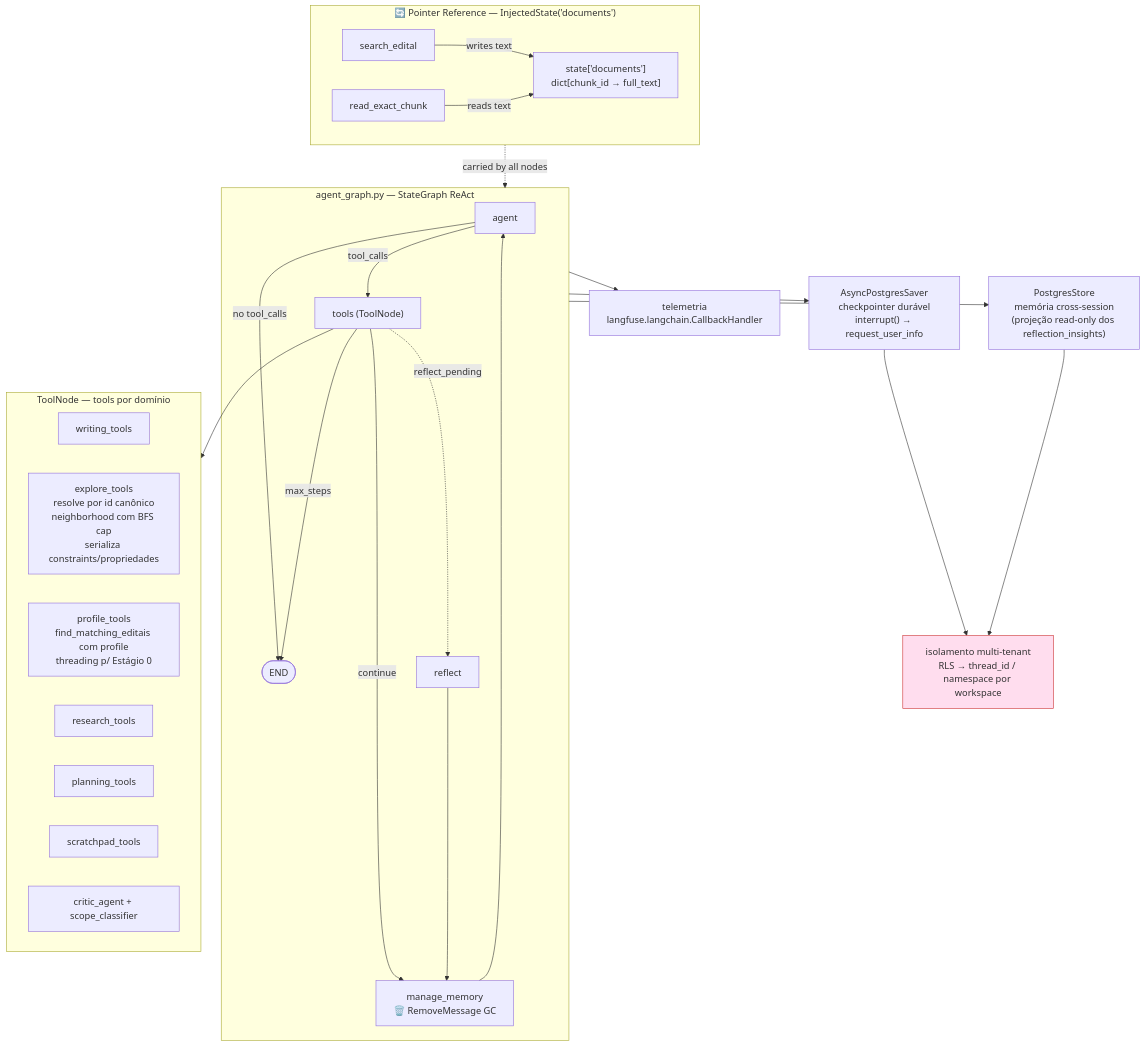
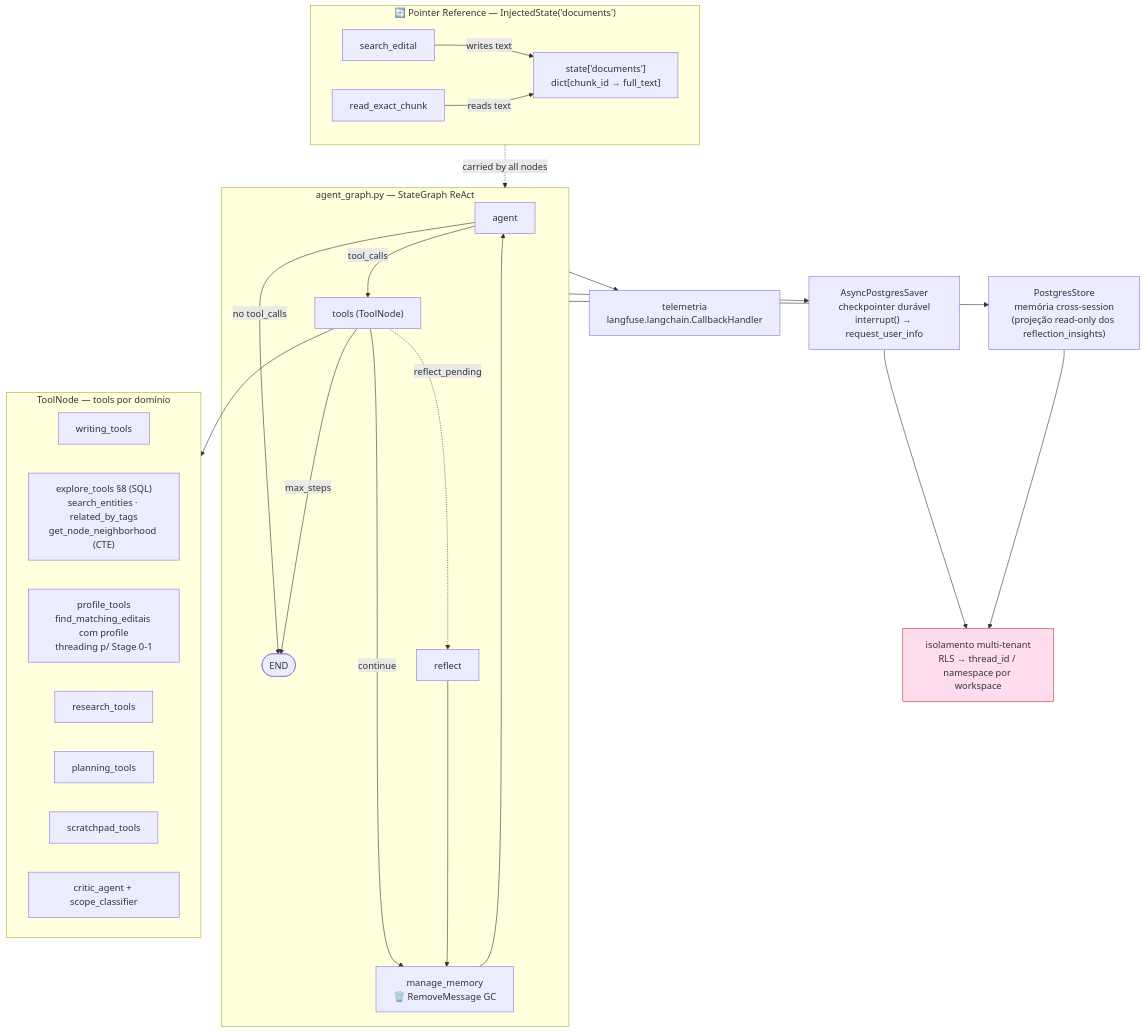
One commit to lucasborgs/radar_editais changed the fourth of 5 diagrams in docs/architecture.md. Above: the diagram before and after it, drawn with Mermaid. The commit also changed other lines of this file and 42 other files, not shown here.

````diff
--- a/docs/architecture.md
+++ b/docs/architecture.md
@@ -184,40 +172,40 @@
 ```mermaid
 flowchart TB
   subgraph GRAPH["agent_graph.py — StateGraph ReAct"]
     A["agent"] -->|tool_calls| T["tools (ToolNode)"]
     A -->|no tool_calls| E(["END"])
     T -->|continue| M["manage_memory<br/>🗑️ RemoveMessage GC"]
     T -.->|reflect_pending| R["reflect"]
     T -->|max_steps| E
     R --> M
     M --> A
   end
 
   subgraph TOOLS["ToolNode — tools por domínio"]
     WT["writing_tools"]
-    ET["explore_tools<br/>resolve por id canônico<br/>neighborhood com BFS cap<br/>serializa constraints/propriedades"]
-    PT["profile_tools<br/>find_matching_editais com profile<br/>threading p/ Estágio 0"]
+    ET["explore_tools §8 (SQL)<br/>search_entities · related_by_tags<br/>get_node_neighborhood (CTE)"]
+    PT["profile_tools<br/>find_matching_editais com profile<br/>threading p/ Stage 0-1"]
     RT["research_tools"]
     PLT["planning_tools"]
     SCT["scratchpad_tools"]
     CA["critic_agent + scope_classifier"]
   end
 
   T --> TOOLS
 
   subgraph STATE["🔄 Pointer Reference — InjectedState('documents')"]
     DOC["state['documents']<br/>dict[chunk_id → full_text]"]
     SE["search_edital"] -->|writes text| DOC
     RE["read_exact_chunk"] -->|reads text| DOC
   end
 
   STATE -.->|carried by all nodes| GRAPH
 
   GRAPH --> CKPT["AsyncPostgresSaver<br/>checkpointer durável<br/>interrupt() → request_user_info"]
   GRAPH --> STORE["PostgresStore<br/>memória cross-session<br/>(projeção read-only dos reflection_insights)"]
   GRAPH --> TEL["telemetria<br/>langfuse.langchain.CallbackHandler"]
 
   CKPT --> ISO["isolamento multi-tenant<br/>RLS → thread_id / namespace por workspace"]:::risk
   STORE --> ISO
   classDef risk fill:#fde,stroke:#c33,stroke-width:1px;
 ```
````
